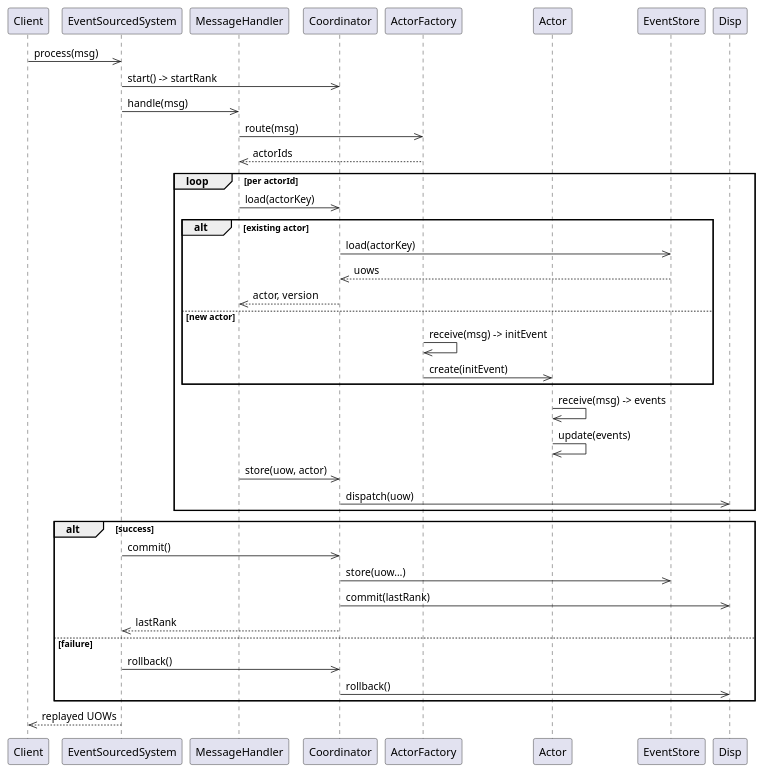
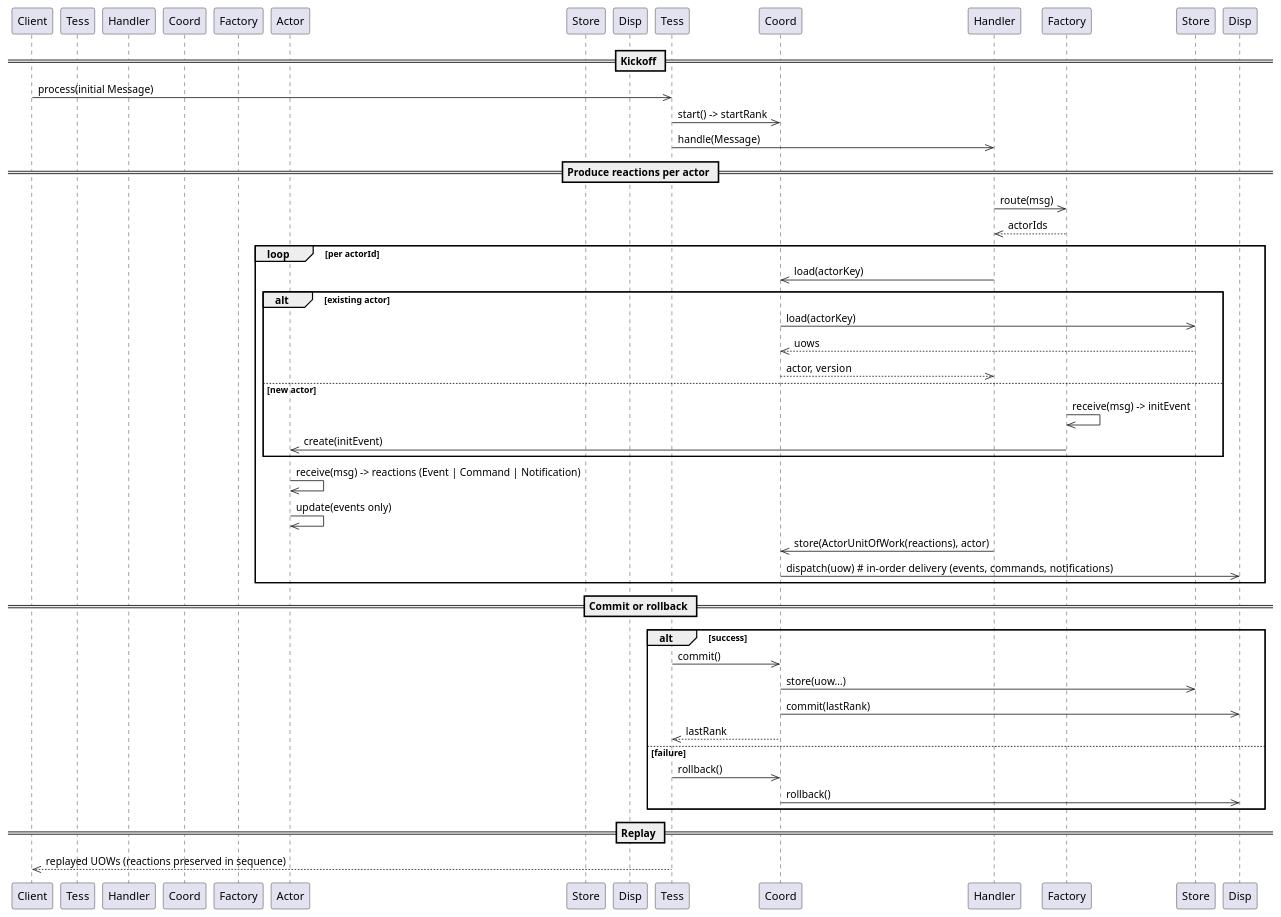
One commit to blondacz/tess changed the diagram in docs/content/02-implementation/message-processing.puml. Above: the diagram before and after it, drawn with PlantUML. The commit also changed 22 other files, not shown here.

Commit message:
Added commands and notifications

```diff
--- a/docs/content/02-implementation/message-processing.puml
+++ b/docs/content/02-implementation/message-processing.puml
@@ -1,41 +1,48 @@
 @startuml
 participant Client
-participant EventSourcedSystem 
-participant MessageHandler
-participant Coordinator
-participant ActorFactory
+participant Tess as EventSourcedSystem 
+participant Handler as MessageHandler
+participant Coord as Coordinator
+participant Factory as ActorFactory
 participant Actor
-participant EventStore
-participant Disp
+participant Store as EventStore
+participant Disp as Dispatcher
 
-Client ->> EventSourcedSystem: process(msg)
-EventSourcedSystem ->> Coordinator: start() -> startRank
-EventSourcedSystem ->> MessageHandler: handle(msg)
-MessageHandler ->> ActorFactory: route(msg)
-ActorFactory -->> MessageHandler: actorIds
+== Kickoff ==
+Client ->> Tess: process(initial Message)
+Tess ->> Coord: start() -> startRank
+Tess ->> Handler: handle(Message)
+
+== Produce reactions per actor ==
+Handler ->> Factory: route(msg)
+Factory -->> Handler: actorIds
 loop per actorId
-  MessageHandler ->> Coordinator: load(actorKey)
+  Handler ->> Coord: load(actorKey)
   alt existing actor
-    Coordinator ->> EventStore: load(actorKey)
-    EventStore -->> Coordinator: uows
-    Coordinator -->> MessageHandler: actor, version
+    Coord ->> Store: load(actorKey)
+    Store -->> Coord: uows
+    Coord -->> Handler: actor, version
   else new actor
-    ActorFactory ->> ActorFactory: receive(msg) -> initEvent
-    ActorFactory ->> Actor: create(initEvent)
+    Factory ->> Factory: receive(msg) -> initEvent
+    Factory ->> Actor: create(initEvent)
   end
-  Actor ->> Actor: receive(msg) -> events
-  Actor ->> Actor: update(events)
-  MessageHandler ->> Coordinator: store(uow, actor)
-  Coordinator ->> Disp: dispatch(uow)
+  Actor ->> Actor: receive(msg) -> reactions (Event | Command | Notification)
+  Actor ->> Actor: update(events only)
+  Handler ->> Coord: store(ActorUnitOfWork(reactions), actor)
+  Coord ->> Disp: dispatch(uow)  # in-order delivery (events, commands, notifications)
 end
+
+== Commit or rollback ==
 alt success
-  EventSourcedSystem ->> Coordinator: commit()
-  Coordinator ->> EventStore: store(uow…)
-  Coordinator ->> Disp: commit(lastRank)
-  Coordinator -->> EventSourcedSystem: lastRank
+  Tess ->> Coord: commit()
+  Coord ->> Store: store(uow…)
+  Coord ->> Disp: commit(lastRank)
+  Coord -->> Tess: lastRank
 else failure
-  EventSourcedSystem ->> Coordinator: rollback()
-  Coordinator ->> Disp: rollback()
+  Tess ->> Coord: rollback()
+  Coord ->> Disp: rollback()
 end
-EventSourcedSystem -->> Client: replayed UOWs
+
+== Replay ==
+Tess -->> Client: replayed UOWs (reactions preserved in sequence)
 @enduml
```
